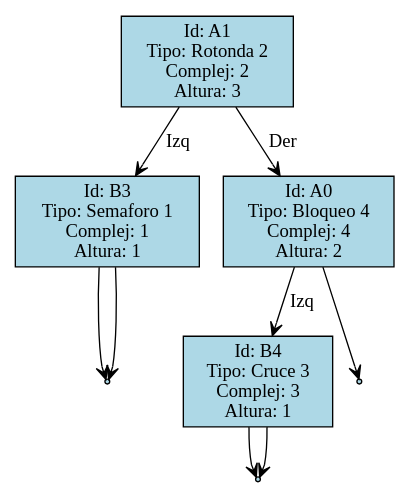
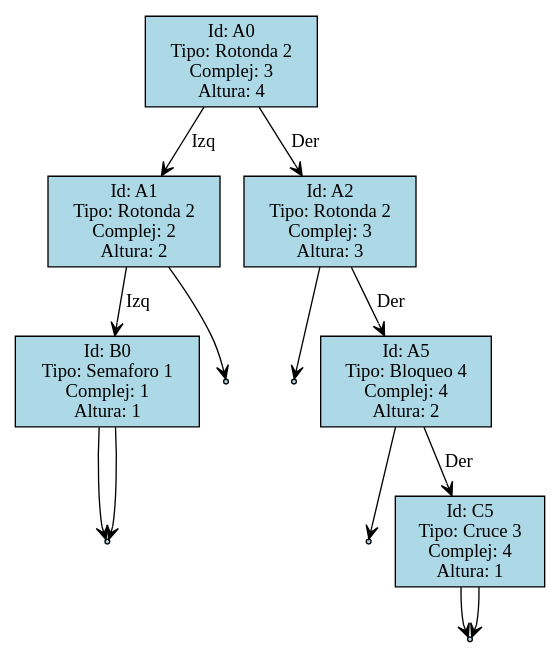
The diagram in ArbolNodos.dot (Cruz-Zapil/Proyecto2_EDD), drawn with Graphviz before and after one commit. The commit also changed 6 other files, not shown here.

```diff
--- a/ArbolNodos.dot
+++ b/ArbolNodos.dot
@@ -1,22 +1,30 @@
 digraph ArbolAVL {
   node [shape=record, style=filled, fillcolor=lightblue];
   edge [arrowhead=vee];
 
-  A1 [label="Id: A1\nTipo: Rotonda 2\nComplej: 2\nAltura: 3"];
-  A1 -> B3 [label="Izq"];
-  B3 [label="Id: B3\nTipo: Semaforo 1\nComplej: 1\nAltura: 1"];
-  nullB3 [shape=point];
-  B3 -> nullB3;
-  nullB3 [shape=point];
-  B3 -> nullB3;
-  A1 -> A0 [label="Der"];
-  A0 [label="Id: A0\nTipo: Bloqueo 4\nComplej: 4\nAltura: 2"];
-  A0 -> B4 [label="Izq"];
-  B4 [label="Id: B4\nTipo: Cruce 3\nComplej: 3\nAltura: 1"];
-  nullB4 [shape=point];
-  B4 -> nullB4;
-  nullB4 [shape=point];
-  B4 -> nullB4;
-  nullA0 [shape=point];
-  A0 -> nullA0;
+  A0 [label="Id: A0\nTipo: Rotonda 2\nComplej: 3\nAltura: 4"];
+  A0 -> A1 [label="Izq"];
+  A1 [label="Id: A1\nTipo: Rotonda 2\nComplej: 2\nAltura: 2"];
+  A1 -> B0 [label="Izq"];
+  B0 [label="Id: B0\nTipo: Semaforo 1\nComplej: 1\nAltura: 1"];
+  nullB0 [shape=point];
+  B0 -> nullB0;
+  nullB0 [shape=point];
+  B0 -> nullB0;
+  nullA1 [shape=point];
+  A1 -> nullA1;
+  A0 -> A2 [label="Der"];
+  A2 [label="Id: A2\nTipo: Rotonda 2\nComplej: 3\nAltura: 3"];
+  nullA2 [shape=point];
+  A2 -> nullA2;
+  A2 -> A5 [label="Der"];
+  A5 [label="Id: A5\nTipo: Bloqueo 4\nComplej: 4\nAltura: 2"];
+  nullA5 [shape=point];
+  A5 -> nullA5;
+  A5 -> C5 [label="Der"];
+  C5 [label="Id: C5\nTipo: Cruce 3\nComplej: 4\nAltura: 1"];
+  nullC5 [shape=point];
+  C5 -> nullC5;
+  nullC5 [shape=point];
+  C5 -> nullC5;
 }
```
